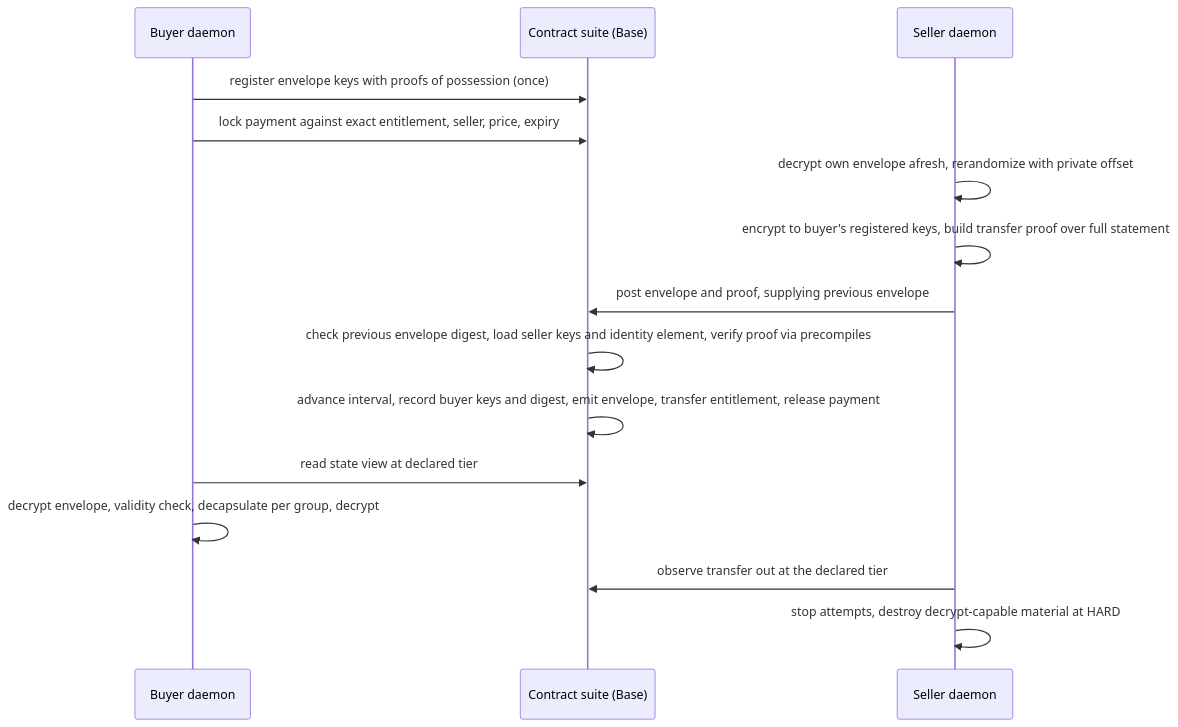
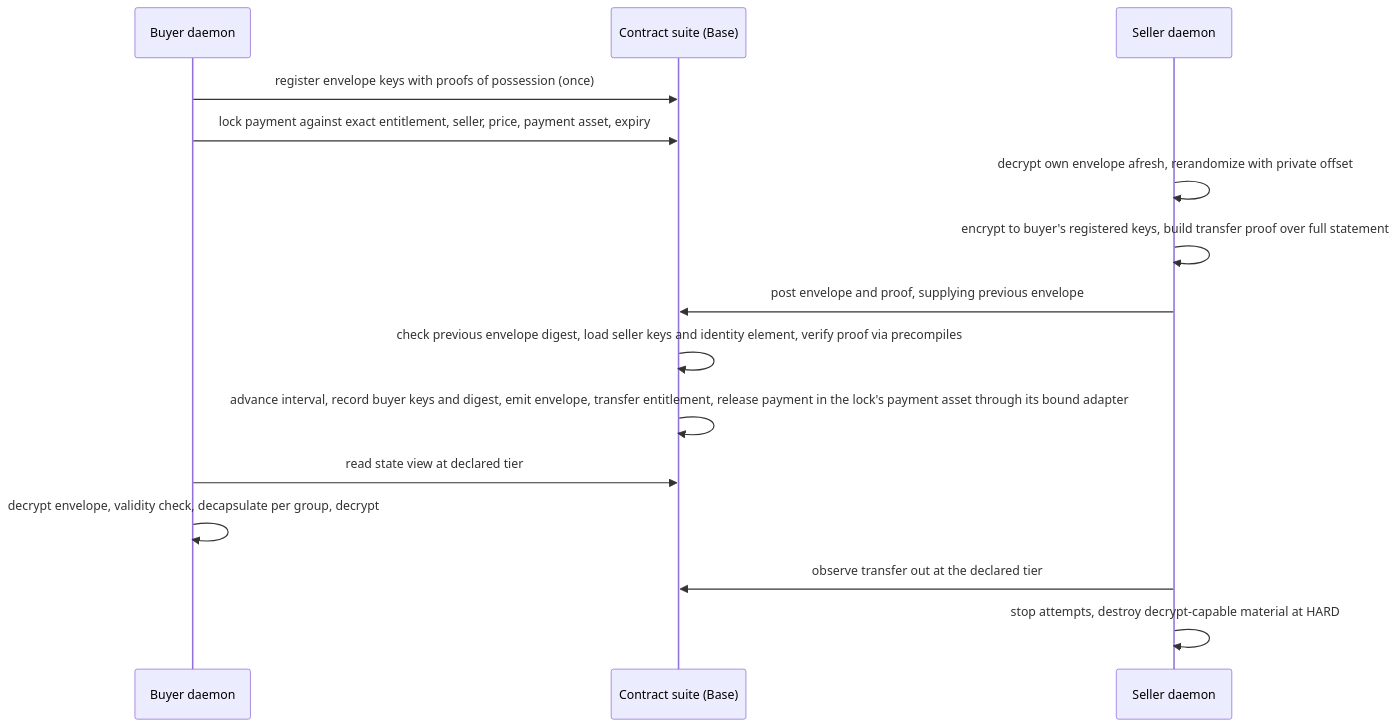
Before and after one commit to tsylvester/chaintorrent: the third of 4 diagrams in docs/project-planning/system-architecture.md, drawn with Mermaid. The commit also changed other lines of this file and 21 other files, not shown here.

````diff
--- a/docs/project-planning/system-architecture.md
+++ b/docs/project-planning/system-architecture.md
@@ -307,17 +308,17 @@
 ```mermaid
 sequenceDiagram
     participant B as Buyer daemon
     participant C as Contract suite (Base)
     participant S as Seller daemon
     B->>C: register envelope keys with proofs of possession (once)
-    B->>C: lock payment against exact entitlement, seller, price, expiry
+    B->>C: lock payment against exact entitlement, seller, price, payment asset, expiry
     S->>S: decrypt own envelope afresh, rerandomize with private offset
     S->>S: encrypt to buyer's registered keys, build transfer proof over full statement
     S->>C: post envelope and proof, supplying previous envelope
     C->>C: check previous envelope digest, load seller keys and identity element, verify proof via precompiles
-    C->>C: advance interval, record buyer keys and digest, emit envelope, transfer entitlement, release payment
+    C->>C: advance interval, record buyer keys and digest, emit envelope, transfer entitlement, release payment in the lock's payment asset through its bound adapter
     B->>C: read state view at declared tier
     B->>B: decrypt envelope, validity check, decapsulate per group, decrypt
     S->>C: observe transfer out at the declared tier
     S->>S: stop attempts, destroy decrypt-capable material at HARD
 ```
````
